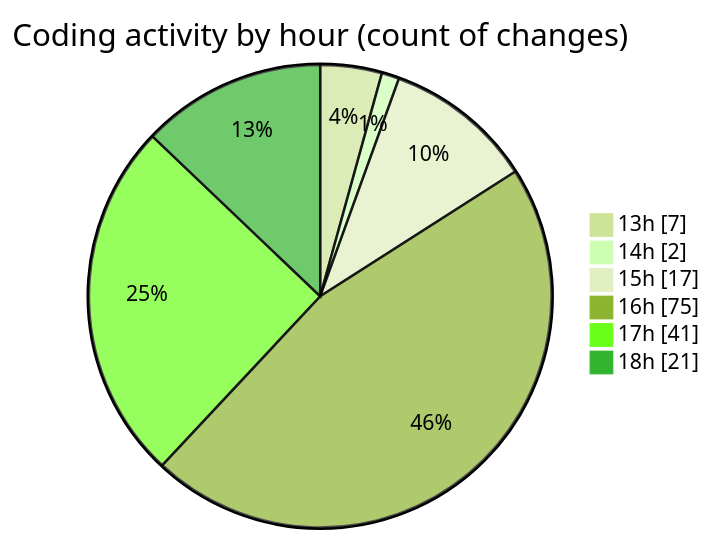
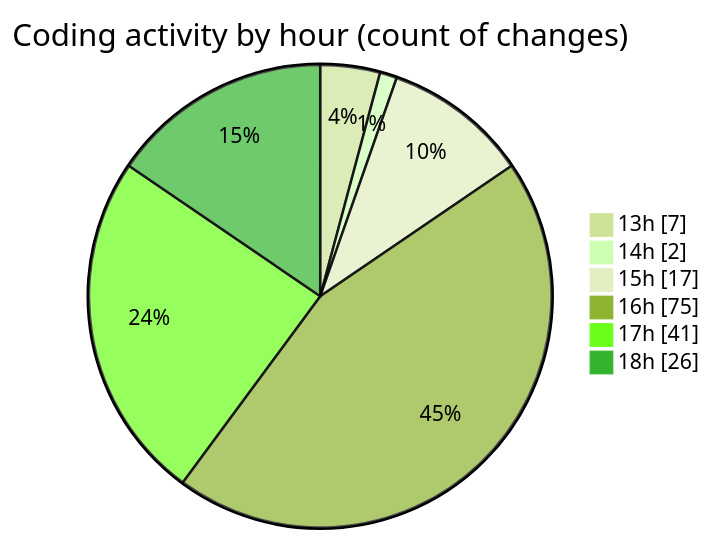
The second of 2 diagrams in 2025-02-24/micros/README.md (charlie-sans/code-tracking), drawn with Mermaid (forest theme) before and after one commit. The commit also changed other lines of this file and 1 other file, not shown here.

````diff
--- a/2025-02-24/micros/README.md
+++ b/2025-02-24/micros/README.md
@@ -50,10 +50,10 @@
 ```mermaid
 pie showData
 title Coding activity by hour (count of changes)
 "13h" : 7
 "14h" : 2
 "15h" : 17
 "16h" : 75
 "17h" : 41
-"18h" : 21
+"18h" : 26
 ```
````
